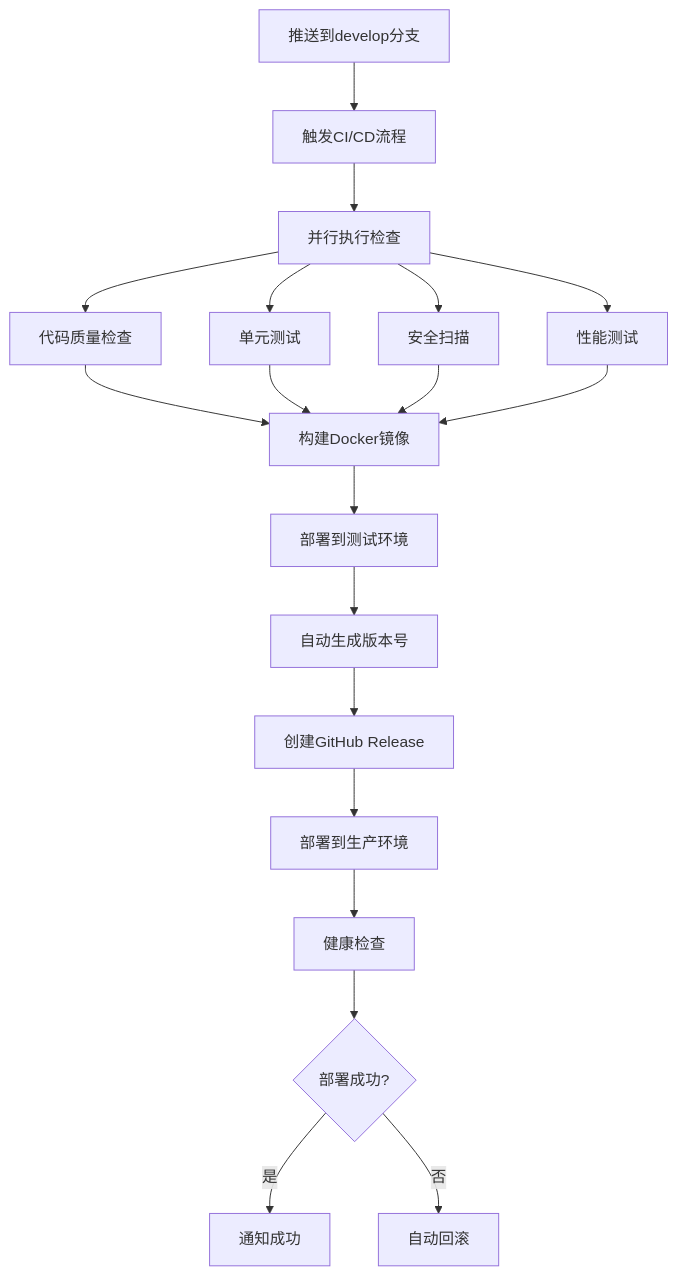
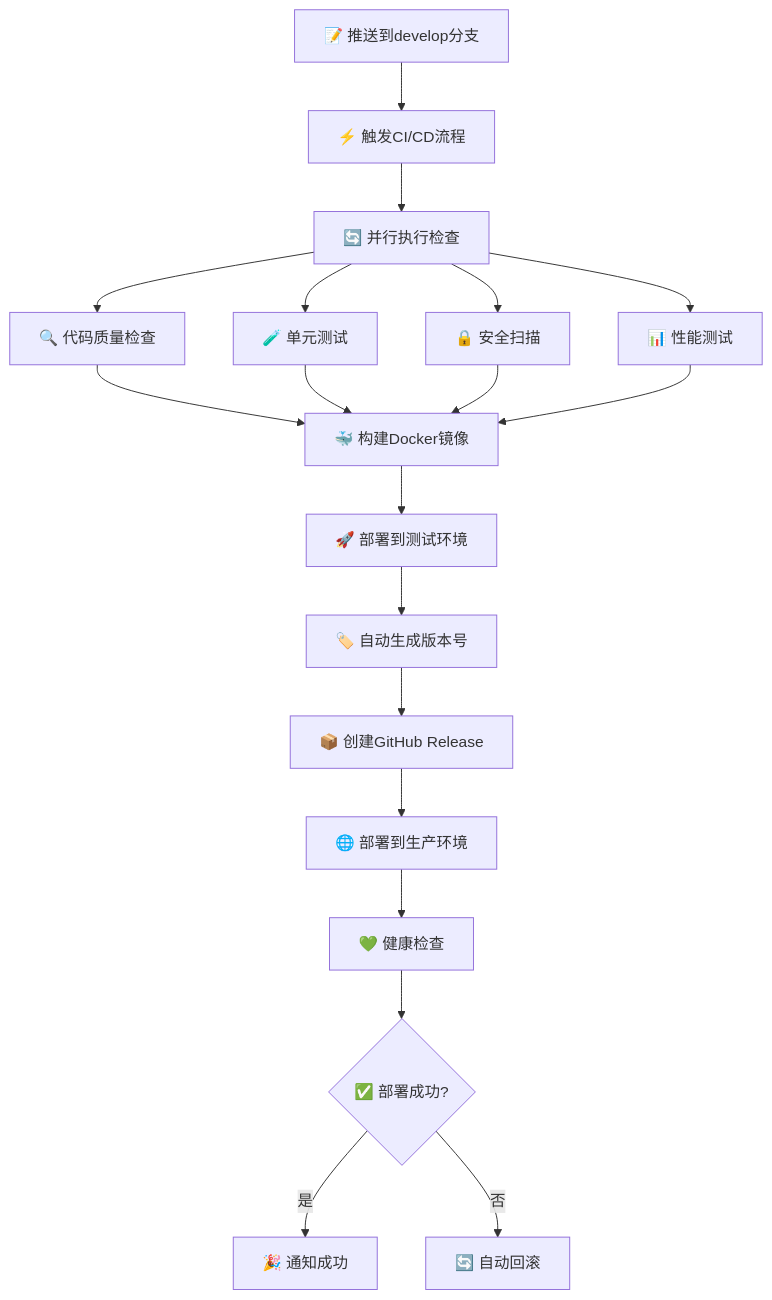
The second of 4 diagrams in CI-CD.md (MartinLiuMingZhi/wiki-back), drawn with Mermaid before and after one commit. The commit also changed other lines of this file and 9 other files, not shown here.

````diff
--- a/CI-CD.md
+++ b/CI-CD.md
@@ -52,25 +62,25 @@
 ```mermaid
 graph TD
-    A[推送到develop分支] --> B[触发CI/CD流程]
-    B --> C[并行执行检查]
+    A[📝 推送到develop分支] --> B[⚡ 触发CI/CD流程]
+    B --> C[🔄 并行执行检查]
     
-    C --> D[代码质量检查]
-    C --> E[单元测试]
-    C --> F[安全扫描]
-    C --> G[性能测试]
+    C --> D[🔍 代码质量检查]
+    C --> E[🧪 单元测试]
+    C --> F[🔒 安全扫描]
+    C --> G[📊 性能测试]
     
-    D --> H[构建Docker镜像]
+    D --> H[🐳 构建Docker镜像]
     E --> H
     F --> H
     G --> H
     
-    H --> I[部署到测试环境]
-    I --> J[自动生成版本号]
-    J --> K[创建GitHub Release]
-    K --> L[部署到生产环境]
+    H --> I[🚀 部署到测试环境]
+    I --> J[🏷️ 自动生成版本号]
+    J --> K[📦 创建GitHub Release]
+    K --> L[🌐 部署到生产环境]
     
-    L --> M[健康检查]
-    M --> N{部署成功?}
-    N -->|是| O[通知成功]
-    N -->|否| P[自动回滚]
+    L --> M[💚 健康检查]
+    M --> N{✅ 部署成功?}
+    N -->|是| O[🎉 通知成功]
+    N -->|否| P[🔄 自动回滚]
 ```
````
